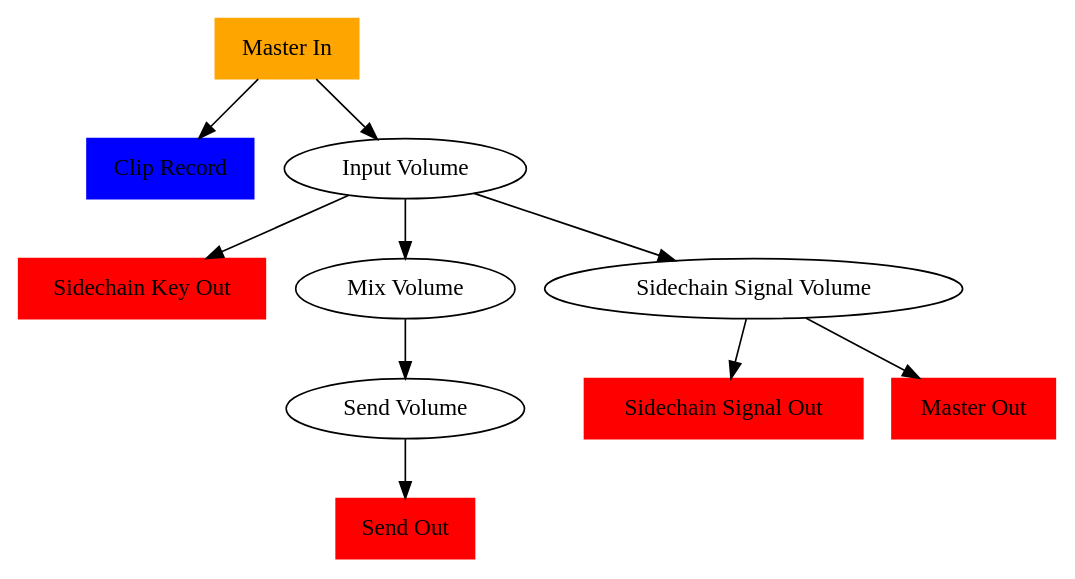
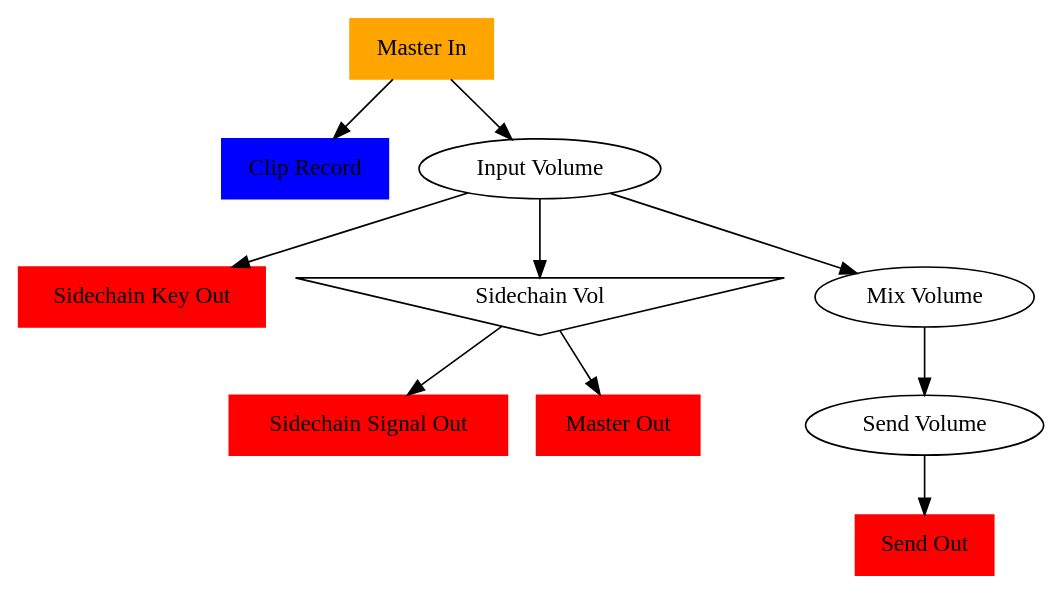
Before and after one commit to georgkrause/luppp-signalflow: the diagram in input.dot, drawn with Graphviz. The commit also changed 1 other file, not shown here.

Commit message:
add crossfade for input sidechain

```diff
--- a/input.dot
+++ b/input.dot
@@ -1,20 +1,22 @@
 /* TODO: Display Crossfader correctly */
 
 strict digraph input {
     master_in [label="Master In", shape=box, style=filled, color=orange];
 
     send_out [label="Send Out", shape=box, style=filled, color=red];
     sidechain_key_out [label="Sidechain Key Out", shape=box, style=filled, color=red];
     sidechain_signal_out [label="Sidechain Signal Out", shape=box, style=filled, color=red];
     master_out [label="Master Out", shape=box, style=filled, color=red];
 
     clip_record [label="Clip Record", shape=box, style=filled, color=blue];
 
+    sidechain_signal_volume [label="Sidechain Vol", shape=invtriangle]
+
     master_in -> "Input Volume";
     "Input Volume" -> "Mix Volume";
     "Mix Volume" -> "Send Volume" -> send_out;
     "Input Volume" -> sidechain_key_out;
-    "Input Volume" -> "Sidechain Signal Volume" -> sidechain_signal_out;
-    "Sidechain Signal Volume" -> master_out;
+    "Input Volume" -> sidechain_signal_volume -> sidechain_signal_out;
+    sidechain_signal_volume -> master_out;
     master_in -> clip_record;
 }
```
